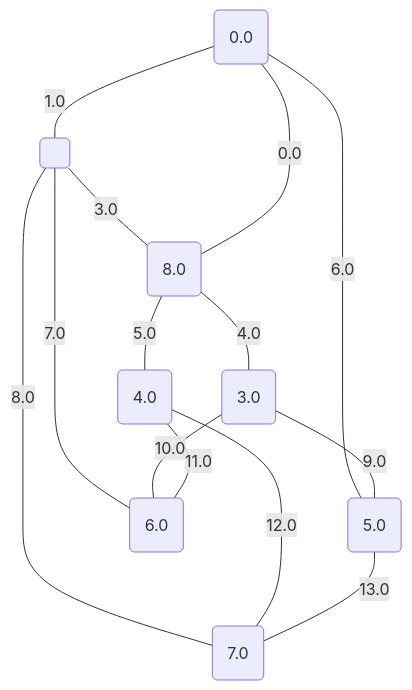
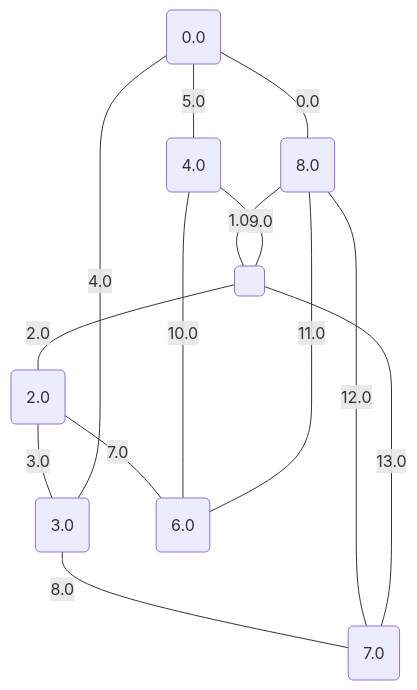
Before and after one commit to metury/graphs: the fifth of 17 diagrams in project/src/testing/minCutPetersen.md, drawn with Mermaid. The commit also changed other lines of this file and 52 other files, not shown here.

````diff
--- a/project/src/testing/minCutPetersen.md
+++ b/project/src/testing/minCutPetersen.md
@@ -135,24 +135,24 @@
 ```mermaid
 graph TD;
 0("0.0");
-1("3.0");
-2("4.0");
-3("5.0");
+1("2.0");
+2("3.0");
+3("4.0");
 4("6.0");
 5("7.0");
 6("8.0");
 7(" ");
-	6 -- "0.0" --- 0;
-	0 -- "1.0" --- 7;
-	7 -- "3.0" --- 6;
-	6 -- "4.0" --- 1;
-	6 -- "5.0" --- 2;
-	0 -- "6.0" --- 3;
-	7 -- "7.0" --- 4;
-	7 -- "8.0" --- 5;
-	1 -- "9.0" --- 3;
-	1 -- "10.0" --- 4;
-	2 -- "11.0" --- 4;
-	2 -- "12.0" --- 5;
-	3 -- "13.0" --- 5;
+	0 -- "0.0" --- 6;
+	6 -- "1.0" --- 7;
+	7 -- "2.0" --- 1;
+	1 -- "3.0" --- 2;
+	2 -- "4.0" --- 0;
+	0 -- "5.0" --- 3;
+	1 -- "7.0" --- 4;
+	2 -- "8.0" --- 5;
+	3 -- "9.0" --- 7;
+	3 -- "10.0" --- 4;
+	6 -- "11.0" --- 4;
+	6 -- "12.0" --- 5;
+	7 -- "13.0" --- 5;
 ```
````
